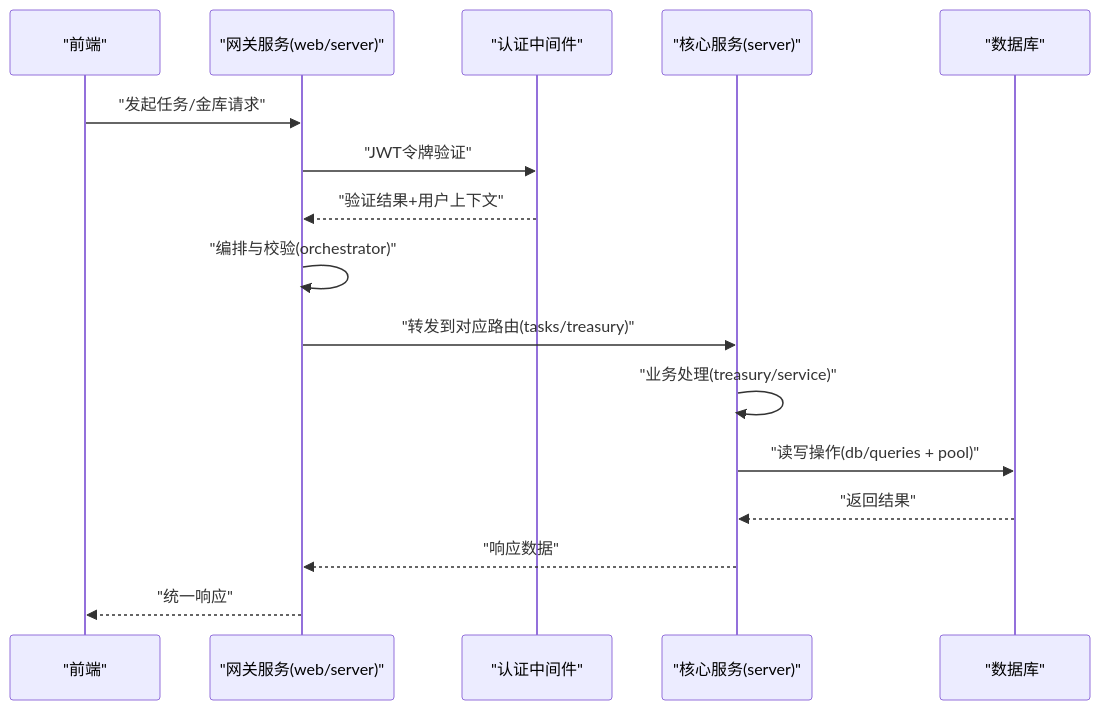
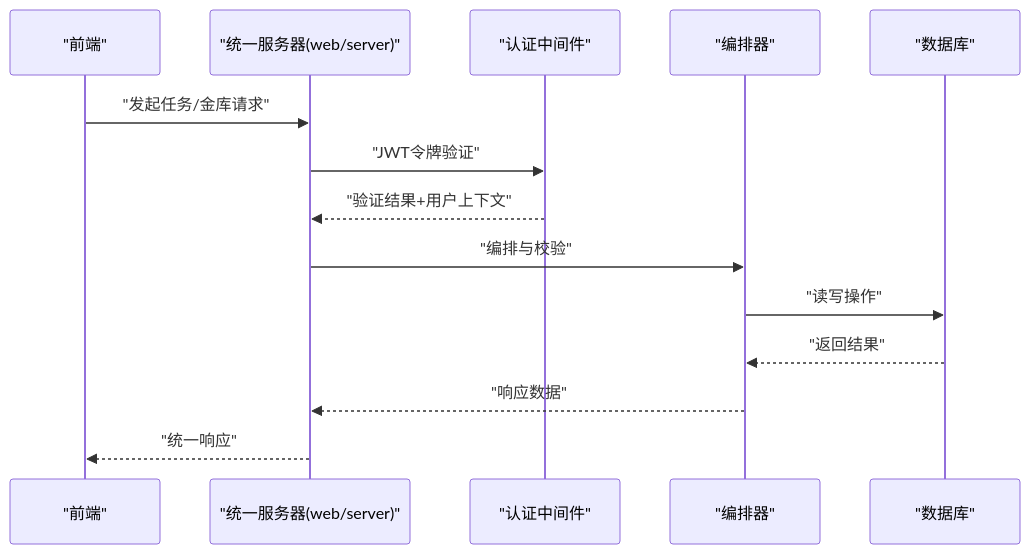
The second of 10 diagrams in .qoder/repowiki/zh/content/核心组件/双服务器架构.md (Maki3991/study-PactLedger), drawn with Mermaid before and after one commit. The commit also changed other lines of this file and 8 other files, not shown here.

````diff
--- a/.qoder/repowiki/zh/content/核心组件/双服务器架构.md
+++ b/.qoder/repowiki/zh/content/核心组件/双服务器架构.md
@@ -209,18 +145,16 @@
 ```mermaid
 sequenceDiagram
 participant FE as "前端"
-participant GW as "网关服务(web/server)"
+participant SVR as "统一服务器(web/server)"
 participant AUTH as "认证中间件"
-participant CORE as "核心服务(server)"
+participant ORCH as "编排器"
 participant DB as "数据库"
-FE->>GW : "发起任务/金库请求"
-GW->>AUTH : "JWT令牌验证"
-AUTH-->>GW : "验证结果+用户上下文"
-GW->>GW : "编排与校验(orchestrator)"
-GW->>CORE : "转发到对应路由(tasks/treasury)"
-CORE->>CORE : "业务处理(treasury/service)"
-CORE->>DB : "读写操作(db/queries + pool)"
-DB-->>CORE : "返回结果"
-CORE-->>GW : "响应数据"
-GW-->>FE : "统一响应"
+FE->>SVR : "发起任务/金库请求"
+SVR->>AUTH : "JWT令牌验证"
+AUTH-->>SVR : "验证结果+用户上下文"
+SVR->>ORCH : "编排与校验"
+ORCH->>DB : "读写操作"
+DB-->>ORCH : "返回结果"
+ORCH-->>SVR : "响应数据"
+SVR-->>FE : "统一响应"
 ```
````
